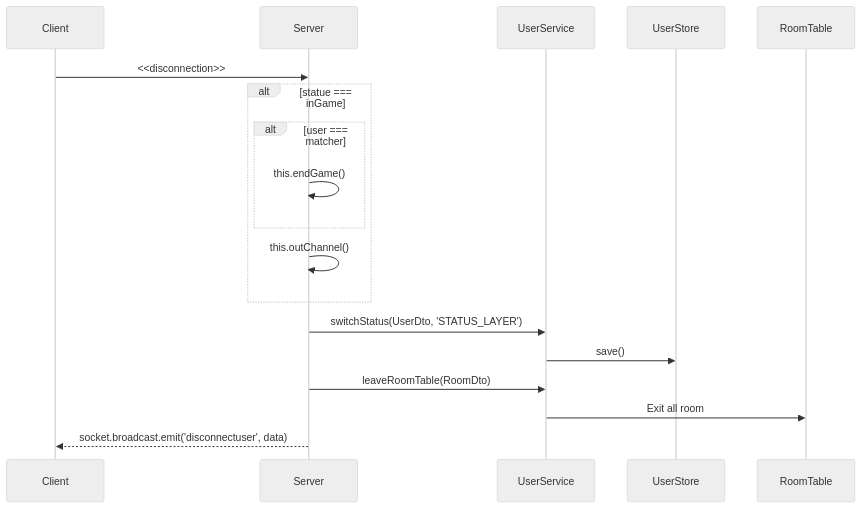
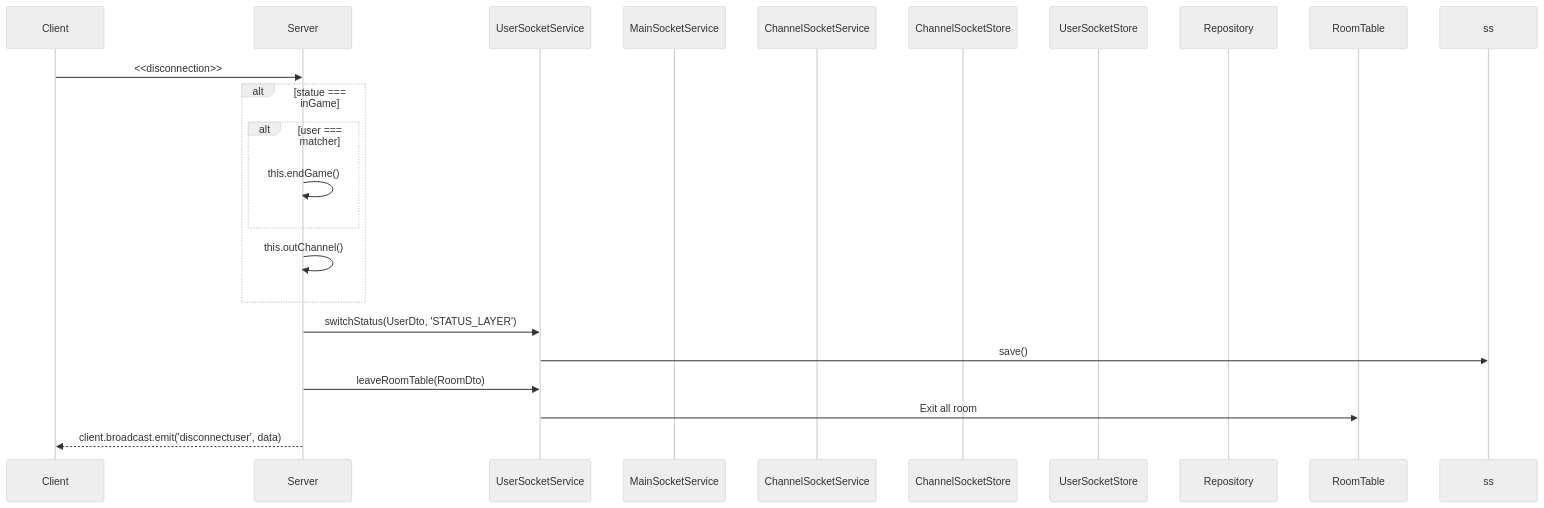
One commit to mtak0235/simmons_transcendence changed the second of 21 diagrams in backend/node/app/event.md. Above: the diagram before and after it, drawn with Mermaid (neutral theme). The commit also changed other lines of this file and 1 other file, not shown here.

````diff
--- a/backend/node/app/event.md
+++ b/backend/node/app/event.md
@@ -145,21 +186,28 @@
 ```mermaid
 sequenceDiagram
 participant c as Client
 participant ga as Server
-participant us as UserService
-participant ss as UserStore
+participant us as UserSocketService
+participant ms as MainSocketService
+participant cs as ChannelSocketService
+
+participant css as ChannelSocketStore
+participant uss as UserSocketStore
+
+participant rep as Repository
+
 participant rt as RoomTable
 
 c->>ga: <<disconnection>>
 alt statue === inGame
 alt user === matcher
 ga->>ga: this.endGame()
 end
 ga->>ga: this.outChannel()
 end
 ga->>us: switchStatus(UserDto, 'STATUS_LAYER')
 us->>ss: save()
 ga->>us: leaveRoomTable(RoomDto)
 us->>rt: Exit all room
-ga-->>c: socket.broadcast.emit('disconnectuser', data)
+ga-->>c: client.broadcast.emit('disconnectuser', data)
 ```
````
